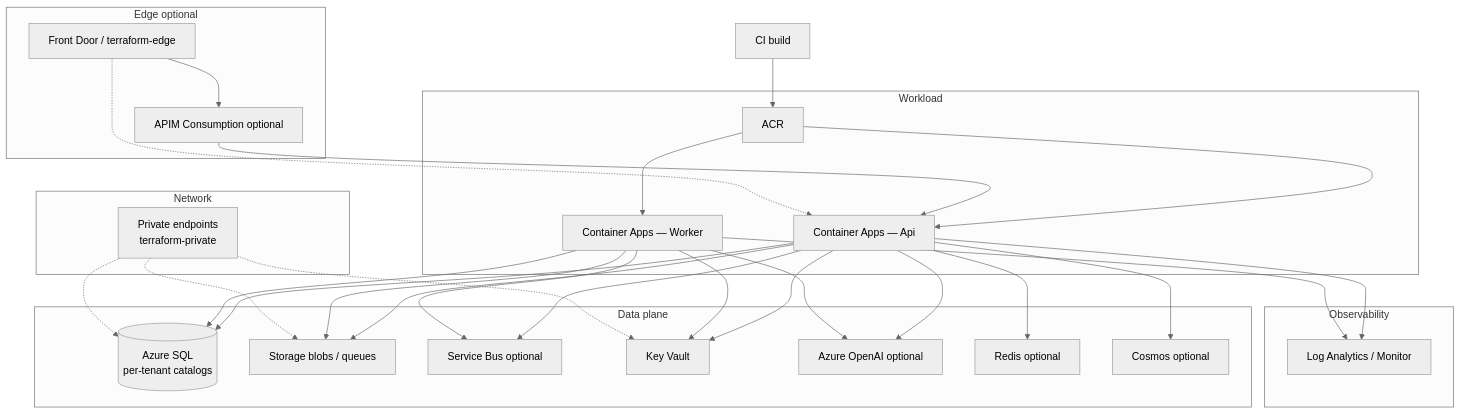
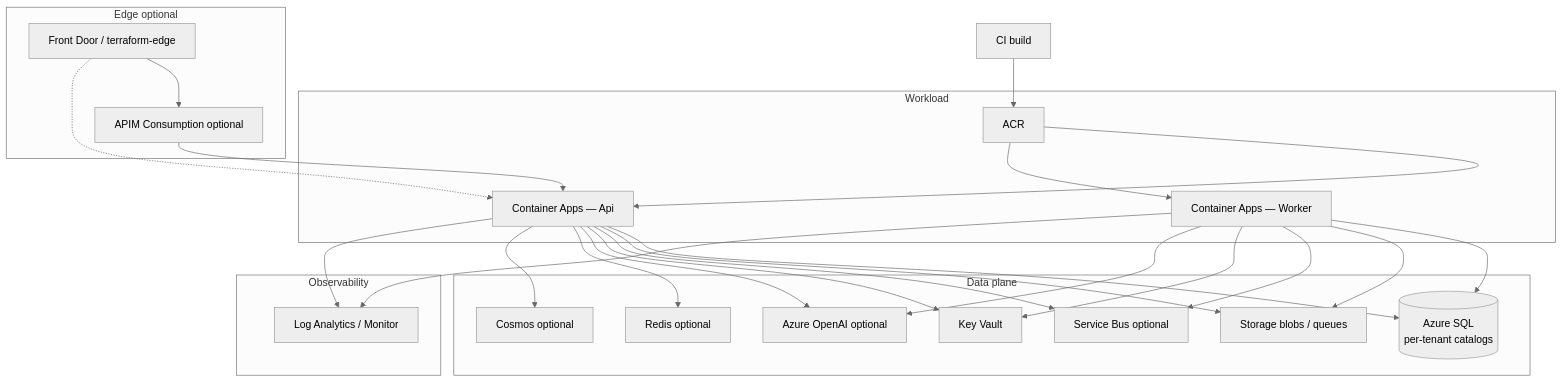
The diagram in docs/architecture/architecture_diagrams/archlucid-azure-topology.md (joefrancisGA/ArchLucid), drawn with Mermaid (neutral theme) before and after one commit. The commit also changed 9 other files, not shown here.

First line of the commit message:
Remove private endpoints from network diagrams only

````diff
--- a/docs/architecture/architecture_diagrams/archlucid-azure-topology.md
+++ b/docs/architecture/architecture_diagrams/archlucid-azure-topology.md
@@ -10,54 +10,47 @@
 ```mermaid
 flowchart TB
   subgraph edge["Edge optional"]
     FD["Front Door / terraform-edge"]
     APIM["APIM Consumption optional"]
   end
 
   subgraph compute["Workload"]
     ACR["ACR"]
     CA_API["Container Apps — Api"]
     CA_WK["Container Apps — Worker"]
   end
 
   subgraph data["Data plane"]
     SQL[("Azure SQL<br/>per-tenant catalogs")]
     ST["Storage blobs / queues"]
     SB["Service Bus optional"]
     KV["Key Vault"]
     AOAI["Azure OpenAI optional"]
     REDIS["Redis optional"]
     COSMOS["Cosmos optional"]
   end
 
-  subgraph net["Network"]
-    PE["Private endpoints<br/>terraform-private"]
-  end
-
   subgraph obs["Observability"]
     LAW["Log Analytics / Monitor"]
   end
 
   CI["CI build"] --> ACR
   ACR --> CA_API
   ACR --> CA_WK
   FD --> APIM --> CA_API
   FD -.-> CA_API
   CA_API --> SQL
   CA_WK --> SQL
   CA_API --> ST
   CA_WK --> ST
   CA_API --> SB
   CA_WK --> SB
   CA_API --> KV
   CA_WK --> KV
   CA_API --> AOAI
   CA_WK --> AOAI
   CA_API --> REDIS
   CA_API --> COSMOS
-  PE -.-> SQL
-  PE -.-> ST
-  PE -.-> KV
   CA_API --> LAW
   CA_WK --> LAW
 ```
````
